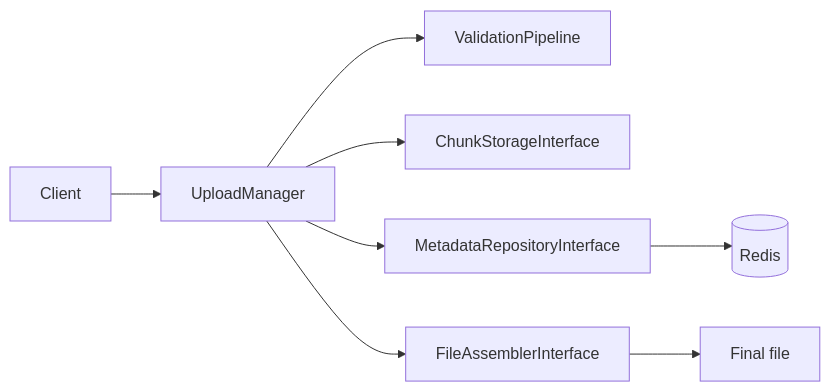
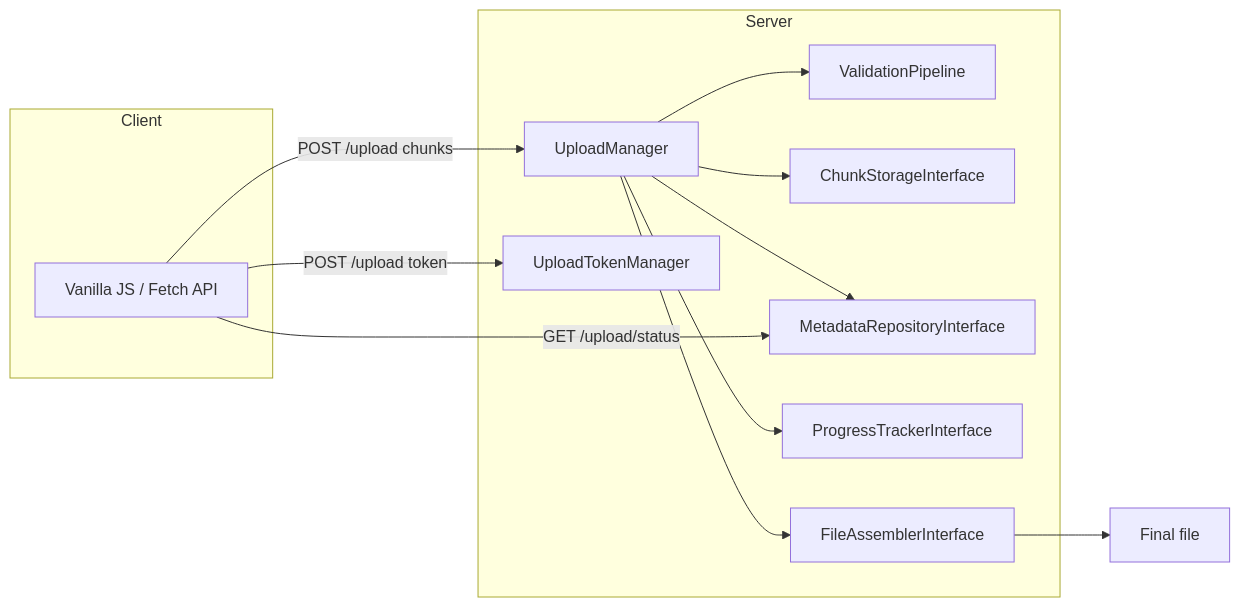
Before and after one commit to unknownman/chunked-uploader: the first of 2 diagrams in README.md, drawn with Mermaid. The commit also changed other lines of this file and 15 other files, not shown here.

````diff
--- a/README.md
+++ b/README.md
@@ -17,10 +53,26 @@
 ```mermaid
 flowchart LR
-    Client --> Manager[UploadManager]
-    Manager --> Validator[ValidationPipeline]
-    Manager --> Chunks[ChunkStorageInterface]
-    Manager --> State[MetadataRepositoryInterface]
-    State --> Redis[(Redis)]
-    Manager --> Assembler[FileAssemblerInterface]
-    Assembler --> Final[Final file]
+    subgraph Client
+        JS[Vanilla JS / Fetch API]
+    end
+
+    subgraph Server
+        M[UploadManager]
+        V[ValidationPipeline]
+        S[ChunkStorageInterface]
+        MD[MetadataRepositoryInterface]
+        PT[ProgressTrackerInterface]
+        A[FileAssemblerInterface]
+        TS[UploadTokenManager]
+    end
+
+    JS -->|POST /upload token| TS
+    JS -->|POST /upload chunks| M
+    M --> V
+    M --> S
+    M --> MD
+    M --> PT
+    M --> A
+    A --> F[Final file]
+    JS -->|GET /upload/status| MD
 ```
````
